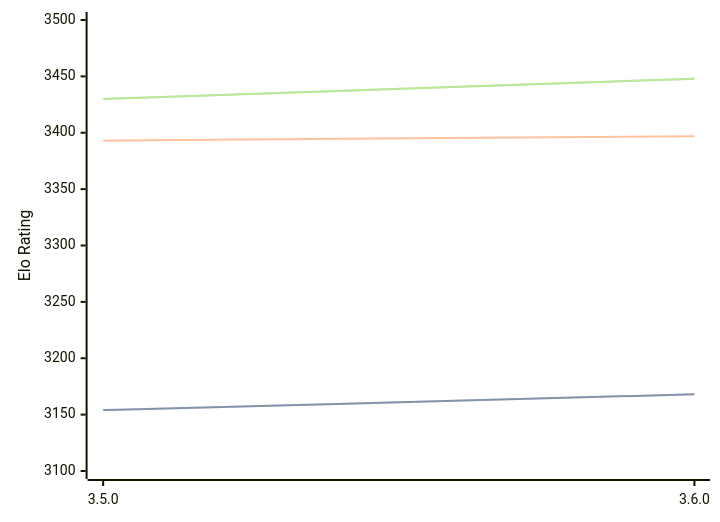
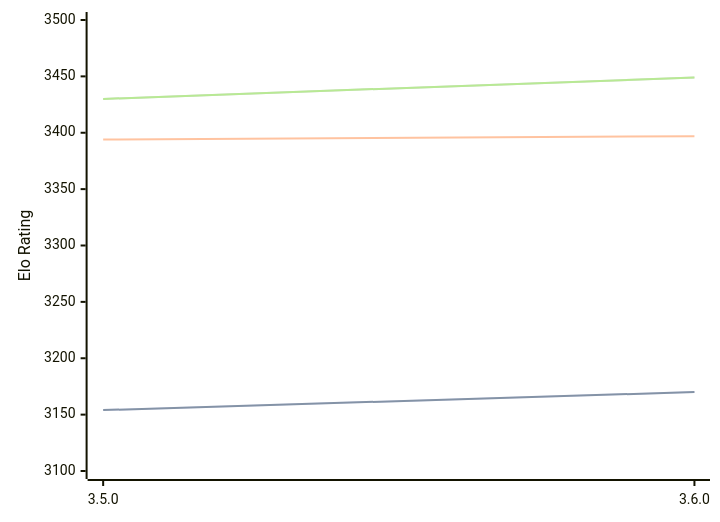
Before and after one commit to computer-chess-index/cci: the diagram in engines/Igel.md, drawn with Mermaid. The commit also changed other lines of this file, not shown here.

Commit message:
Update CCI Ratings (ELO VLTC) - 2026-07-31

````diff
--- a/engines/Igel.md
+++ b/engines/Igel.md
@@ -68,11 +68,11 @@
 ```mermaid
 %%{init: {"theme":"base","themeVariables":{"seriesColors:['#a3a3a3','#222221','#faa371']}}}%%
 xychart-beta
   x-axis ["3.5.0", "3.6.0"]
   y-axis "Elo Rating" 3100 --> 3500
-  line "STC (8.0+0.08s)" [3154, 3168]
-  line "STC (8.0+0.08s)" [3154, 3168]
-  line "LTC (60.0+0.60s)" [3393, 3397]
-  line "VLTC (2m24s+1.12s)" [3430, 3448]
-  line "VLTC (2m24s+1.12s)" [3430, 3448]
+  line "STC (8.0+0.08s)" [3154, 3170]
+  line "STC (8.0+0.08s)" [3154, 3170]
+  line "LTC (60.0+0.60s)" [3394, 3397]
+  line "VLTC (2m24s+1.12s)" [3430, 3449]
+  line "VLTC (2m24s+1.12s)" [3430, 3449]
 ```
````
